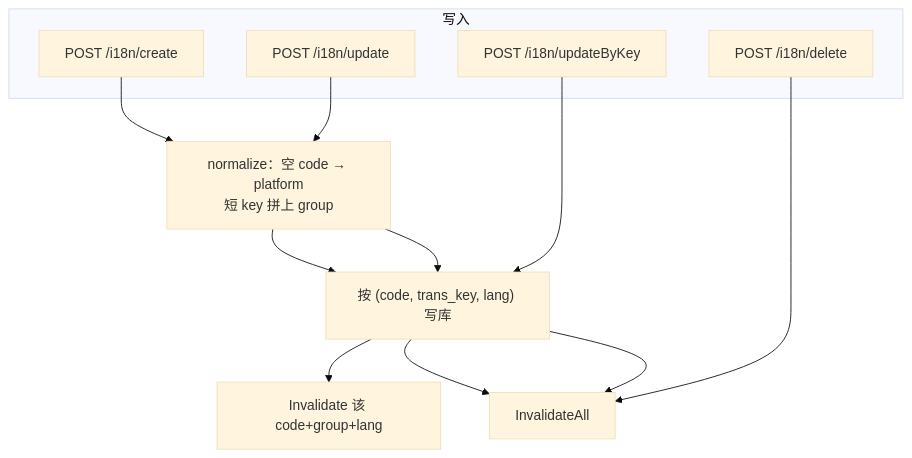
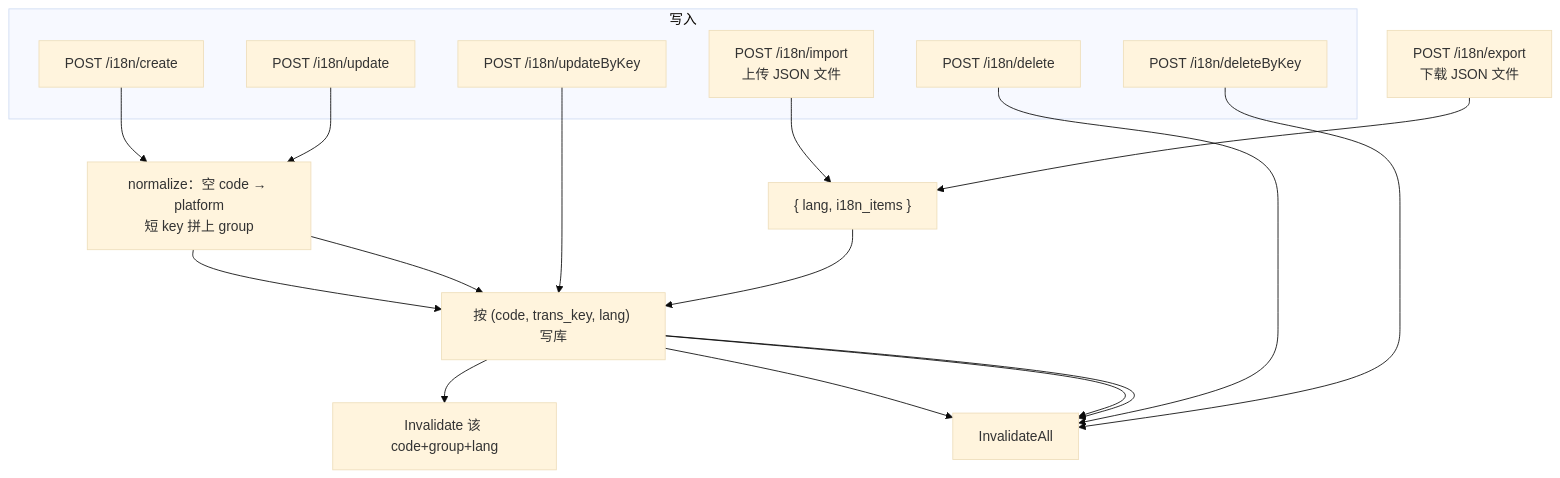
The sixth of 7 diagrams in core-demo/docs/i18n.md (ns9ryan/p9_demo), drawn with Mermaid (base theme) before and after one commit. The commit also changed other lines of this file and 143 other files, not shown here.

````diff
--- a/core-demo/docs/i18n.md
+++ b/core-demo/docs/i18n.md
@@ -164,19 +164,26 @@
 ```mermaid
 flowchart TB
   subgraph write [写入]
     C["POST /i18n/create"]
     U["POST /i18n/update"]
     K["POST /i18n/updateByKey"]
+    Imp["POST /i18n/import<br/>上传 JSON 文件"]
     Del["POST /i18n/delete"]
+    DelK["POST /i18n/deleteByKey"]
   end
 
+  Exp["POST /i18n/export<br/>下载 JSON 文件"]
+  File["{ lang, i18n_items }"]
   Norm["normalize：空 code → platform<br/>短 key 拼上 group"]
   Upsert["按 (code, trans_key, lang) 写库"]
   InvC["Invalidate 该 code+group+lang"]
   InvA["InvalidateAll"]
 
   C --> Norm --> Upsert --> InvC
   U --> Norm --> Upsert --> InvA
   K --> Upsert --> InvA
+  Imp --> File --> Upsert --> InvA
   Del --> InvA
+  DelK --> InvA
+  Exp --> File
 ```
````
